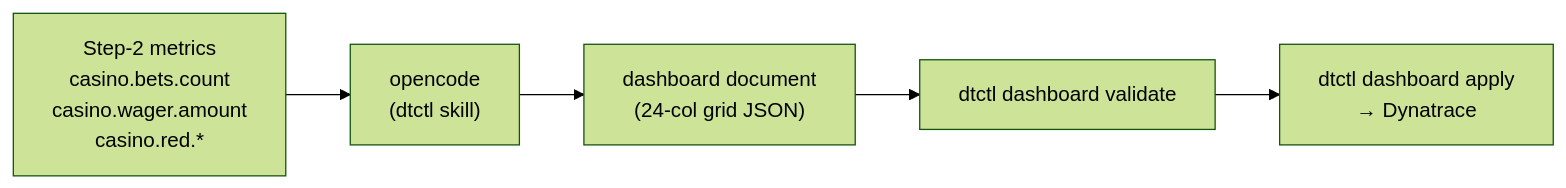
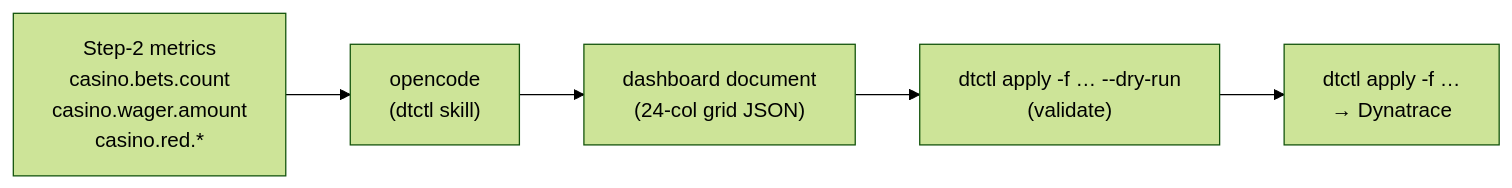
Before and after one commit to henrikrexed/Otel-Training: the diagram in docs-site/advanced/catalog-c1-dtctl-dashboard.md, drawn with Mermaid (forest theme). The commit also changed other lines of this file and 5 other files, not shown here.

````diff
--- a/docs-site/advanced/catalog-c1-dtctl-dashboard.md
+++ b/docs-site/advanced/catalog-c1-dtctl-dashboard.md
@@ -15,7 +15,7 @@
 ```mermaid
 flowchart LR
   m["Step-2 metrics<br/>casino.bets.count<br/>casino.wager.amount<br/>casino.red.*"] --> oc["opencode<br/>(dtctl skill)"]
   oc --> doc["dashboard document<br/>(24-col grid JSON)"]
-  doc --> v["dtctl dashboard validate"]
-  v --> dt["dtctl dashboard apply<br/>→ Dynatrace"]
+  doc --> v["dtctl apply -f … --dry-run<br/>(validate)"]
+  v --> dt["dtctl apply -f …<br/>→ Dynatrace"]
 ```
````
